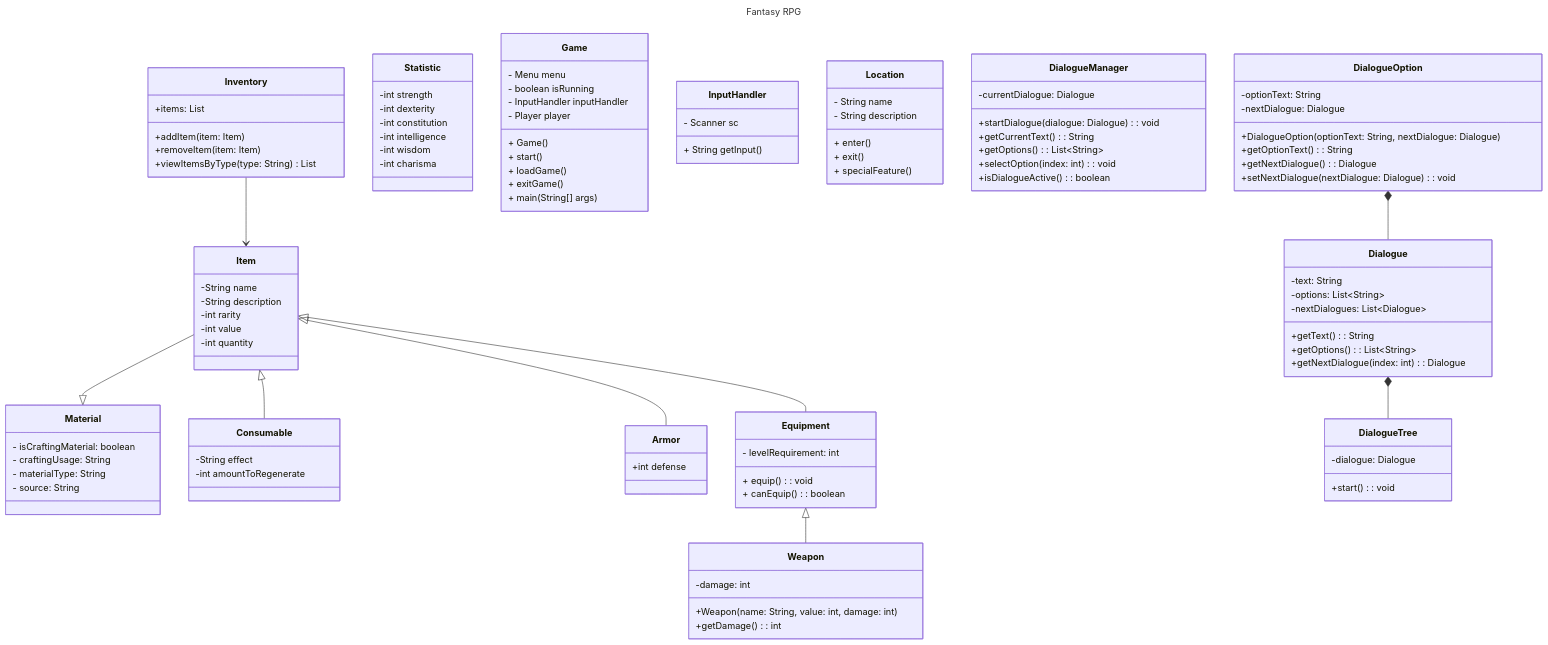
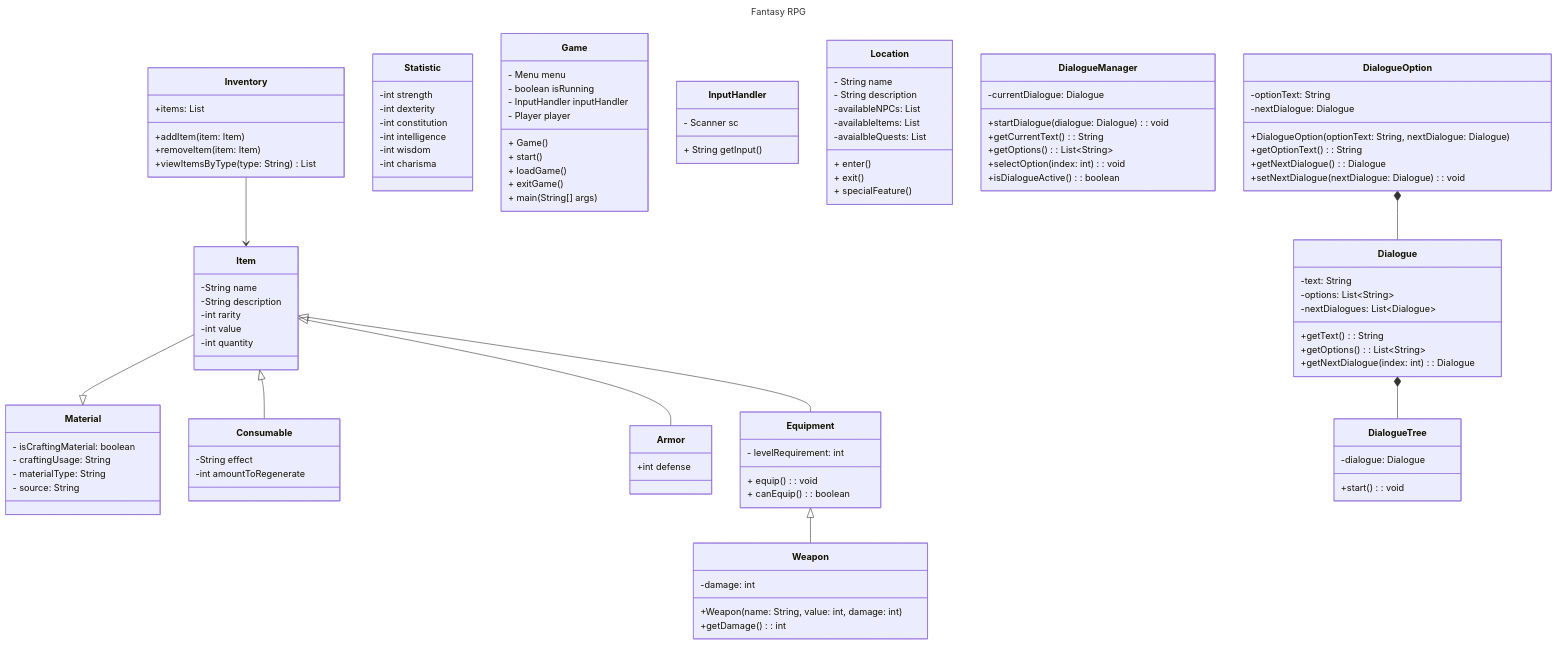
The diagram in wiki/Class-Diagram.md (pacalso-jjc/2425-2nd-cc3-1b-rpg), drawn with Mermaid before and after one commit.

Commit message:
edited location class diagram

```diff
--- a/wiki/Class-Diagram.md
+++ b/wiki/Class-Diagram.md
@@ -62,6 +62,9 @@
     class Location {
         - String name
         - String description
+        -availableNPCs: List<NPC> 
+        -availableItems: List<Item> 
+        -avaialbleQuests: List<Quest>
         + enter()
         + exit()
         + specialFeature()
```
